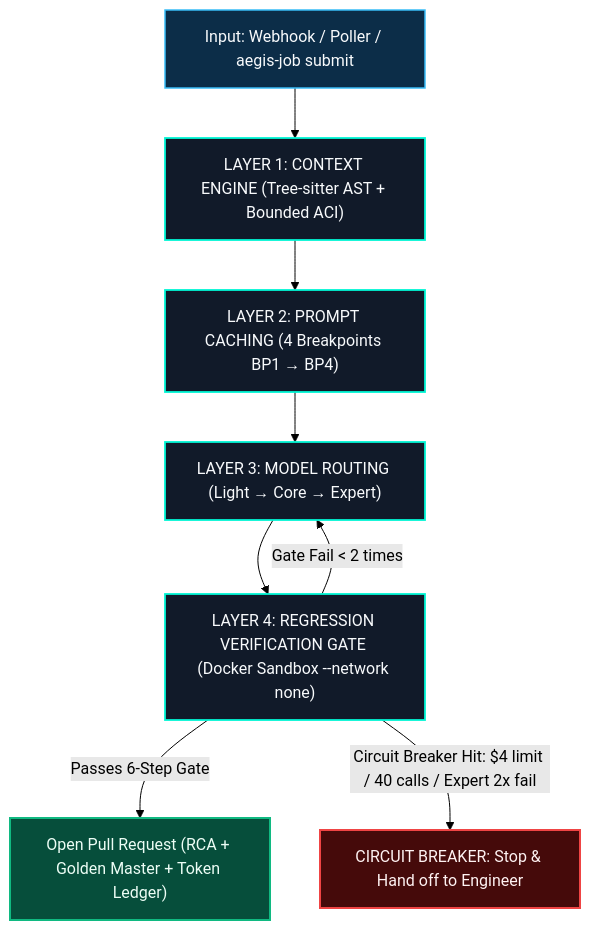
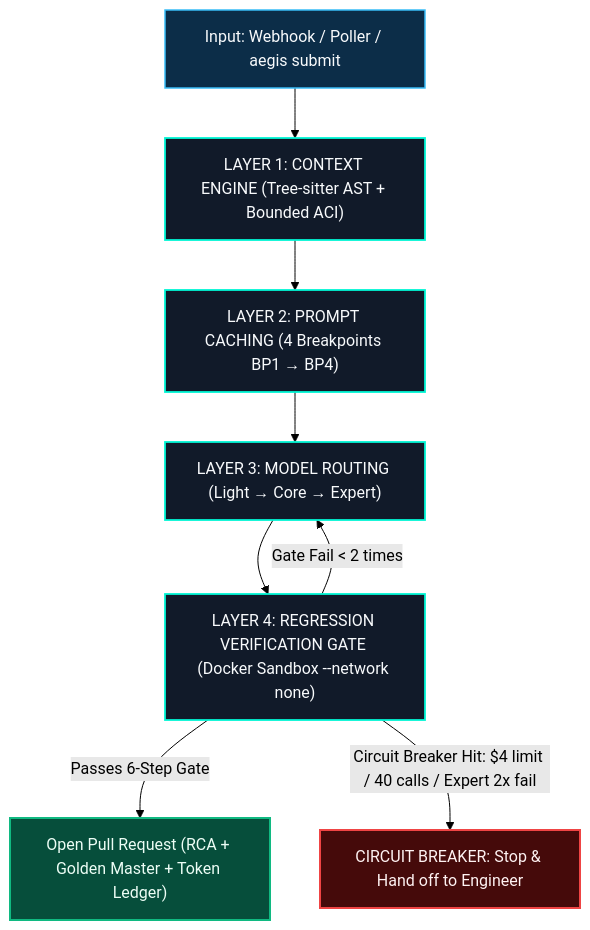
Before and after one commit to hoanghainh1188/aegis-code: the fourth of 4 diagrams in README.md, drawn with Mermaid (forest theme). The commit also changed other lines of this file and 24 other files, not shown here.

First line of the commit message:
refactor: rename the client CLI from aegis-job to aegis (#337)

````diff
--- a/README.md
+++ b/README.md
@@ -415,16 +415,16 @@
 ```mermaid
 flowchart TD
     classDef input fill:#0c2d48,stroke:#38BDF8,stroke-width:1.5px,color:#F8FAFC;
     classDef layer fill:#111a29,stroke:#00F5D4,stroke-width:1.8px,color:#F8FAFC;
     classDef pass fill:#064e3b,stroke:#10B981,stroke-width:2px,color:#ECFDF5;
     classDef stop fill:#450a0a,stroke:#EF4444,stroke-width:2px,color:#FEF2F2;
 
-    Issue["Input: Webhook / Poller / aegis-job submit"]:::input --> L1["LAYER 1: CONTEXT ENGINE (Tree-sitter AST + Bounded ACI)"]:::layer
+    Issue["Input: Webhook / Poller / aegis submit"]:::input --> L1["LAYER 1: CONTEXT ENGINE (Tree-sitter AST + Bounded ACI)"]:::layer
     L1 --> L2["LAYER 2: PROMPT CACHING (4 Breakpoints BP1 → BP4)"]:::layer
     L2 --> L3["LAYER 3: MODEL ROUTING (Light → Core → Expert)"]:::layer
     L3 --> L4["LAYER 4: REGRESSION VERIFICATION GATE (Docker Sandbox --network none)"]:::layer
     
     L4 -->|Passes 6-Step Gate| PR["Open Pull Request (RCA + Golden Master + Token Ledger)"]:::pass
     L4 -->|Gate Fail < 2 times| L3
     L4 -->|Circuit Breaker Hit: $4 limit / 40 calls / Expert 2x fail| Stop["CIRCUIT BREAKER: Stop & Hand off to Engineer"]:::stop
 ```
````
